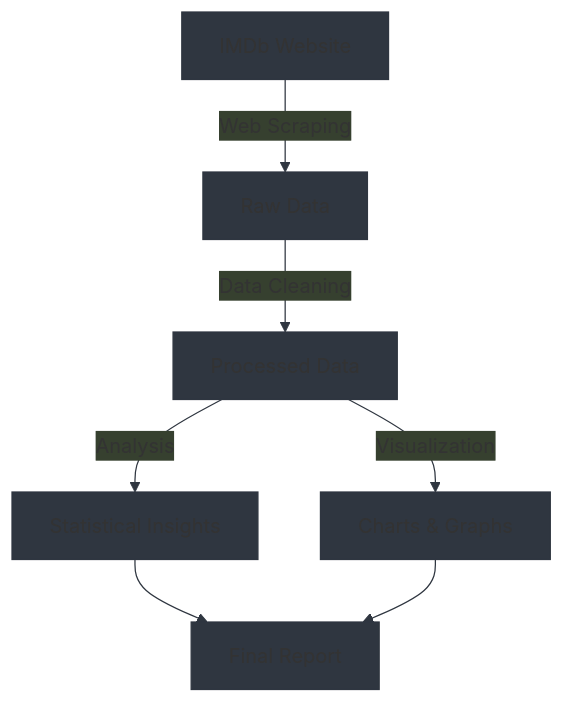
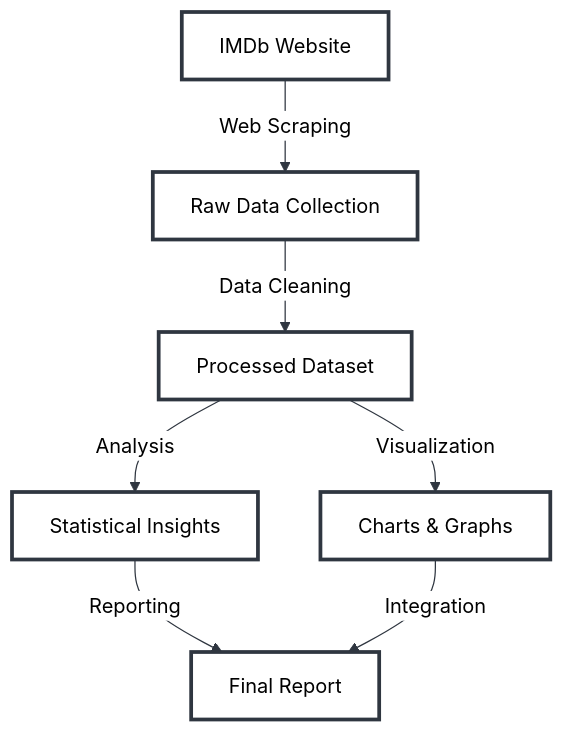
One commit to Izukushwaha/Movie-Scrapping-DA-Project changed the second of 5 diagrams in README.md. Above: the diagram before and after it, drawn with Mermaid.

Commit message:
Add README.md with license info

````diff
--- a/README.md
+++ b/README.md
@@ -37,10 +37,17 @@
 ```mermaid
-%%{init: {'theme': 'base', 'themeVariables': { 'primaryColor': '#2f3640', 'textColor': '#2f3640', 'lineColor': '#2f3640', 'primaryBorderColor': '#2f3640'}}}%%
+%%{init: {'theme': 'base', 'themeVariables': { 'primaryColor': '#ffffff', 'primaryTextColor': '#000000', 'primaryBorderColor': '#2f3640', 'lineColor': '#2f3640', 'fontSize': '16px', 'fontFamily': 'arial'}}}%%
 flowchart TD
-    A[IMDb Website] -->|Web Scraping| B[Raw Data]
-    B -->|Data Cleaning| C[Processed Data]
+    A[IMDb Website] -->|Web Scraping| B[Raw Data Collection]
+    B -->|Data Cleaning| C[Processed Dataset]
     C -->|Analysis| D[Statistical Insights]
     C -->|Visualization| E[Charts & Graphs]
-    D --> F[Final Report]
-    E --> F
+    D -->|Reporting| F[Final Report]
+    E -->|Integration| F
+    
+    style A fill:#ffffff,stroke:#2f3640,stroke-width:3px,color:#000000
+    style B fill:#ffffff,stroke:#2f3640,stroke-width:3px,color:#000000
+    style C fill:#ffffff,stroke:#2f3640,stroke-width:3px,color:#000000
+    style D fill:#ffffff,stroke:#2f3640,stroke-width:3px,color:#000000
+    style E fill:#ffffff,stroke:#2f3640,stroke-width:3px,color:#000000
+    style F fill:#ffffff,stroke:#2f3640,stroke-width:3px,color:#000000
 ```
````
